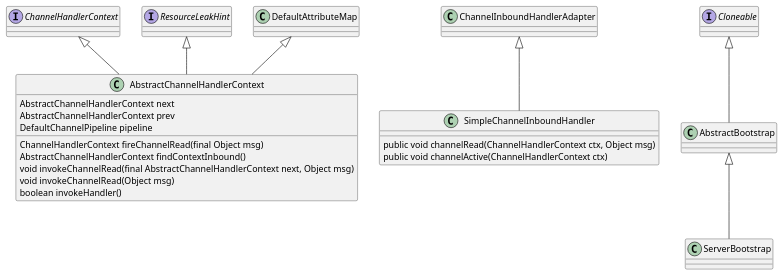
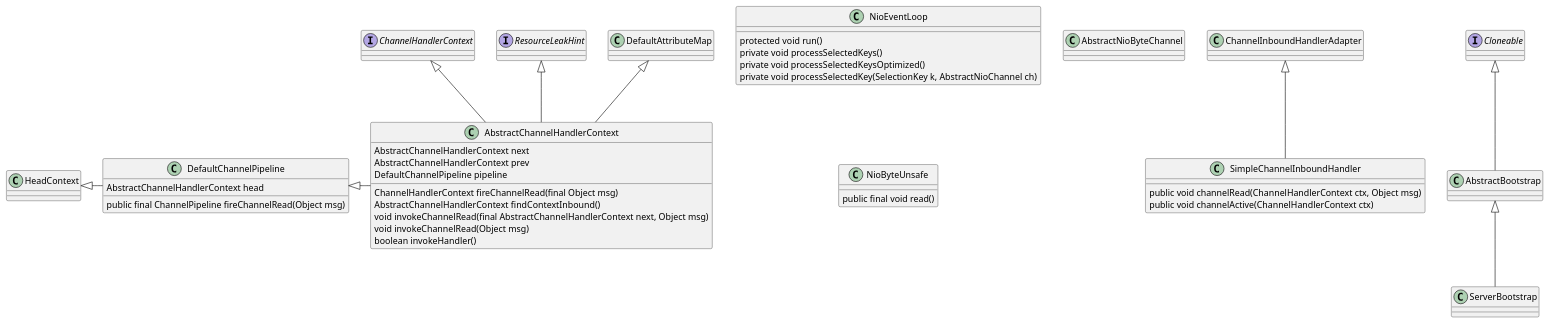
Before and after one commit to wiloon/blog: the first of 2 diagrams in content/post/archive-1/2013-11-17-netty.md, drawn with PlantUML. The commit also changed other lines of this file and 1 other file, not shown here.

````diff
--- a/content/post/archive-1/2013-11-17-netty.md
+++ b/content/post/archive-1/2013-11-17-netty.md
@@ -27,32 +27,50 @@
 ```puml
 @startuml
 interface ChannelHandlerContext
 interface ResourceLeakHint
+class NioEventLoop{
+  protected void run()
+  private void processSelectedKeys()
+  private void processSelectedKeysOptimized()
+  private void processSelectedKey(SelectionKey k, AbstractNioChannel ch)
+}
+
+class AbstractNioByteChannel
+class NioByteUnsafe{
+  public final void read()
+}
+class DefaultChannelPipeline{
+    AbstractChannelHandlerContext head 
+    public final ChannelPipeline fireChannelRead(Object msg)
+}
+class HeadContext
 class AbstractChannelHandlerContext {
   AbstractChannelHandlerContext next
   AbstractChannelHandlerContext prev
   DefaultChannelPipeline pipeline
   ChannelHandlerContext fireChannelRead(final Object msg)
   AbstractChannelHandlerContext findContextInbound()
   void invokeChannelRead(final AbstractChannelHandlerContext next, Object msg)
   void invokeChannelRead(Object msg)
   boolean invokeHandler()
 }
 DefaultAttributeMap<|--AbstractChannelHandlerContext
 ChannelHandlerContext<|--AbstractChannelHandlerContext
 ResourceLeakHint<|--AbstractChannelHandlerContext
+DefaultChannelPipeline <|- AbstractChannelHandlerContext
+HeadContext <|- DefaultChannelPipeline
 
 class SimpleChannelInboundHandler {
   public void channelRead(ChannelHandlerContext ctx, Object msg)
   public void channelActive(ChannelHandlerContext ctx)
 }
 ChannelInboundHandlerAdapter<|--SimpleChannelInboundHandler
 
 class ServerBootstrap
 class AbstractBootstrap
 interface Cloneable
 Cloneable<|--AbstractBootstrap
 AbstractBootstrap<|--ServerBootstrap
 @enduml
 
 ```
````
